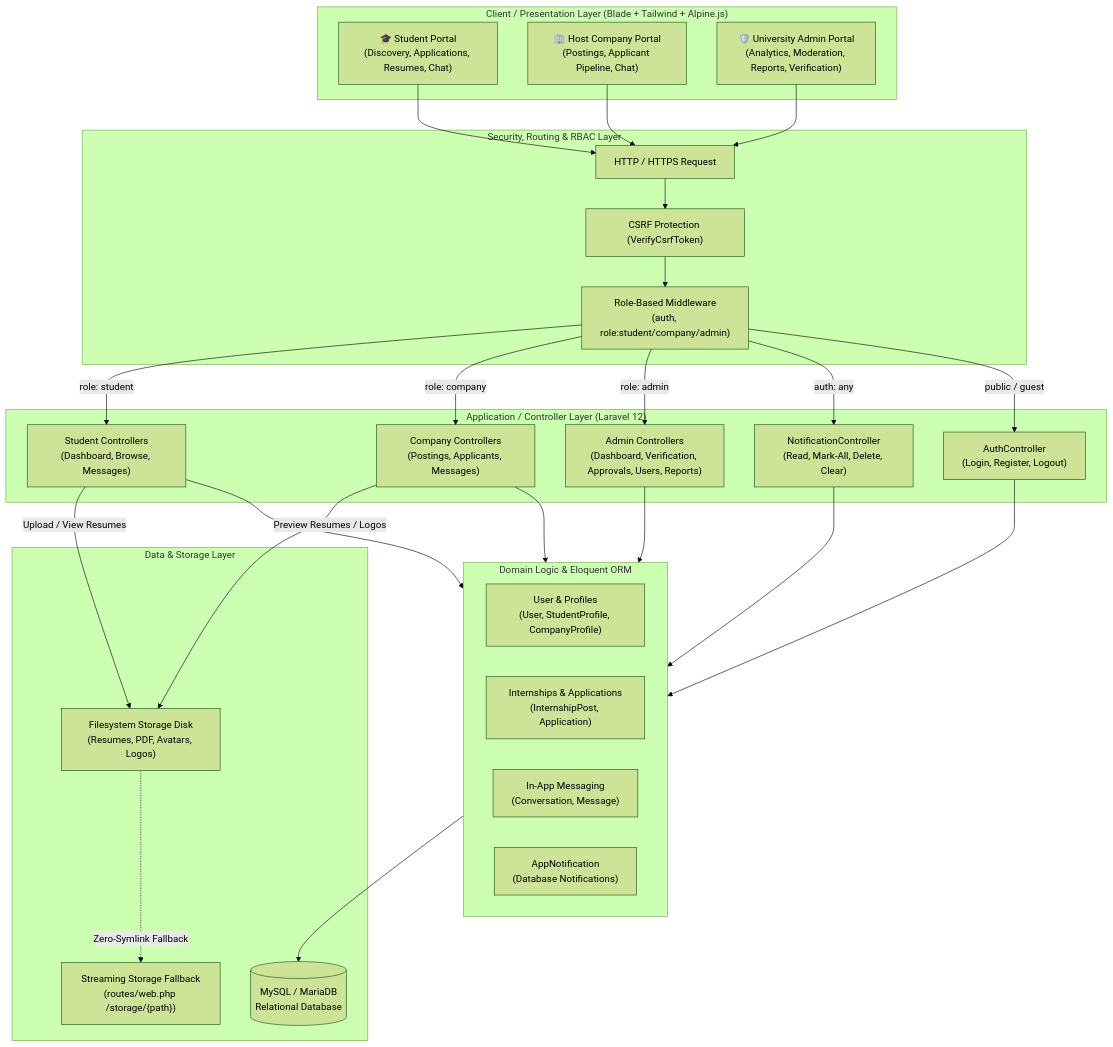
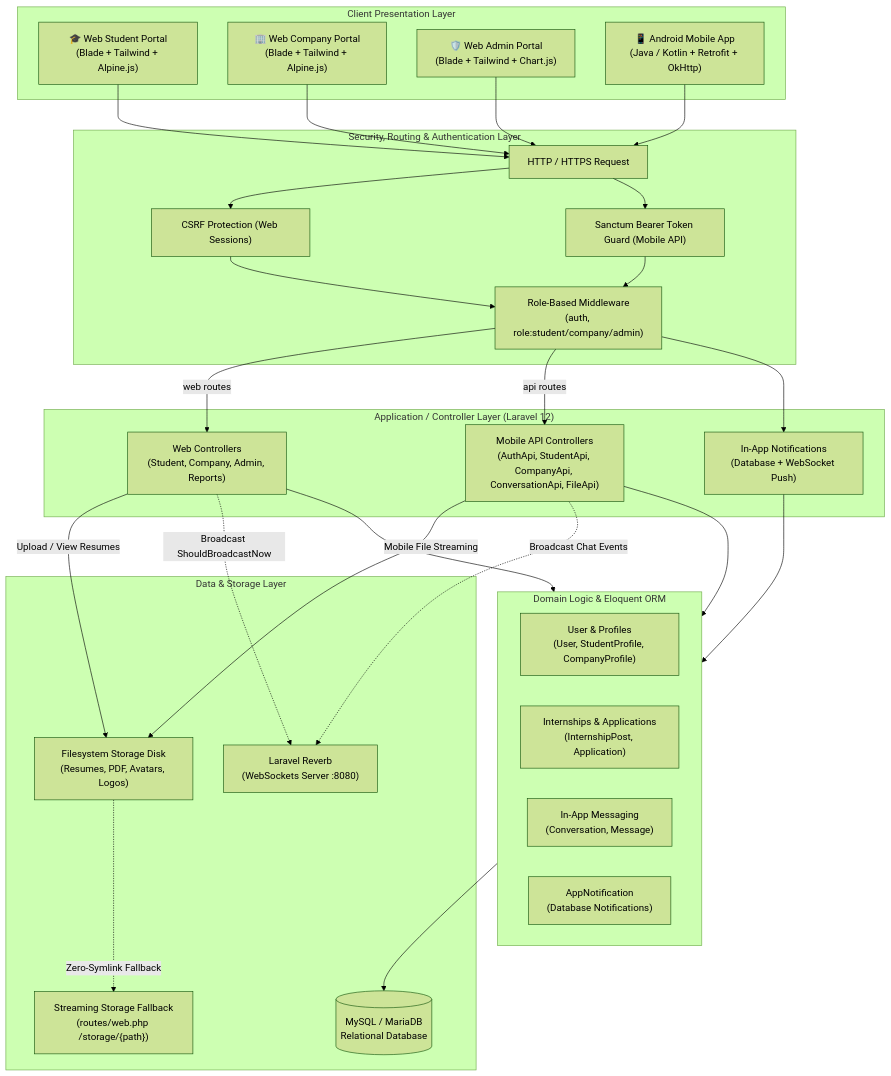
The first of 2 diagrams in README.md (thonpheara/InternshipMS), drawn with Mermaid (forest theme) before and after one commit. The commit also changed other lines of this file, not shown here.

````diff
--- a/README.md
+++ b/README.md
@@ -104,59 +222,61 @@
 ```mermaid
 flowchart TD
-    subgraph ClientLayer ["Client / Presentation Layer (Blade + Tailwind + Alpine.js)"]
-        A1["🎓 Student Portal<br/>(Discovery, Applications, Resumes, Chat)"]
-        A2["🏢 Host Company Portal<br/>(Postings, Applicant Pipeline, Chat)"]
-        A3["🛡️ University Admin Portal<br/>(Analytics, Moderation, Reports, Verification)"]
+    subgraph ClientLayer ["Client Presentation Layer"]
+        A1["🎓 Web Student Portal<br/>(Blade + Tailwind + Alpine.js)"]
+        A2["🏢 Web Company Portal<br/>(Blade + Tailwind + Alpine.js)"]
+        A3["🛡️ Web Admin Portal<br/>(Blade + Tailwind + Chart.js)"]
+        A4["📱 Android Mobile App<br/>(Java / Kotlin + Retrofit + OkHttp)"]
     end
 
-    subgraph SecurityLayer ["Security, Routing & RBAC Layer"]
+    subgraph SecurityLayer ["Security, Routing & Authentication Layer"]
         B1["HTTP / HTTPS Request"]
-        B2["CSRF Protection (VerifyCsrfToken)"]
-        B3["Role-Based Middleware<br/>(auth, role:student/company/admin)"]
+        B2["CSRF Protection (Web Sessions)"]
+        B3["Sanctum Bearer Token Guard (Mobile API)"]
+        B4["Role-Based Middleware<br/>(auth, role:student/company/admin)"]
     end
 
     subgraph ControllerLayer ["Application / Controller Layer (Laravel 12)"]
-        C1["Student Controllers<br/>(Dashboard, Browse, Messages)"]
-        C2["Company Controllers<br/>(Postings, Applicants, Messages)"]
-        C3["Admin Controllers<br/>(Dashboard, Verification, Approvals, Users, Reports)"]
-        C4["NotificationController<br/>(Read, Mark-All, Delete, Clear)"]
-        C5["AuthController<br/>(Login, Register, Logout)"]
+        C1["Web Controllers<br/>(Student, Company, Admin, Reports)"]
+        C2["Mobile API Controllers<br/>(AuthApi, StudentApi, CompanyApi, ConversationApi, FileApi)"]
+        C3["In-App Notifications<br/>(Database + WebSocket Push)"]
     end
 
     subgraph DomainLayer ["Domain Logic & Eloquent ORM"]
         D1["User & Profiles<br/>(User, StudentProfile, CompanyProfile)"]
         D2["Internships & Applications<br/>(InternshipPost, Application)"]
         D3["In-App Messaging<br/>(Conversation, Message)"]
         D4["AppNotification<br/>(Database Notifications)"]
     end
 
     subgraph DataLayer ["Data & Storage Layer"]
         E1[("MySQL / MariaDB<br/>Relational Database")]
         E2["Filesystem Storage Disk<br/>(Resumes, PDF, Avatars, Logos)"]
         E3["Streaming Storage Fallback<br/>(routes/web.php /storage/{path})"]
+        E4["Laravel Reverb<br/>(WebSockets Server :8080)"]
     end
 
     A1 --> B1
     A2 --> B1
     A3 --> B1
+    A4 --> B1
 
     B1 --> B2
-    B2 --> B3
+    B1 --> B3
+    B2 --> B4
+    B3 --> B4
 
-    B3 -->|role: student| C1
-    B3 -->|role: company| C2
-    B3 -->|role: admin| C3
-    B3 -->|auth: any| C4
-    B3 -->|public / guest| C5
+    B4 -->|web routes| C1
+    B4 -->|api routes| C2
+    B4 --> C3
 
     C1 --> DomainLayer
     C2 --> DomainLayer
     C3 --> DomainLayer
-    C4 --> DomainLayer
-    C5 --> DomainLayer
 
     DomainLayer --> E1
     C1 -->|Upload / View Resumes| E2
-    C2 -->|Preview Resumes / Logos| E2
+    C2 -->|Mobile File Streaming| E2
     E2 -.->|Zero-Symlink Fallback| E3
+    C1 -.->|Broadcast ShouldBroadcastNow| E4
+    C2 -.->|Broadcast Chat Events| E4
 ```
````
